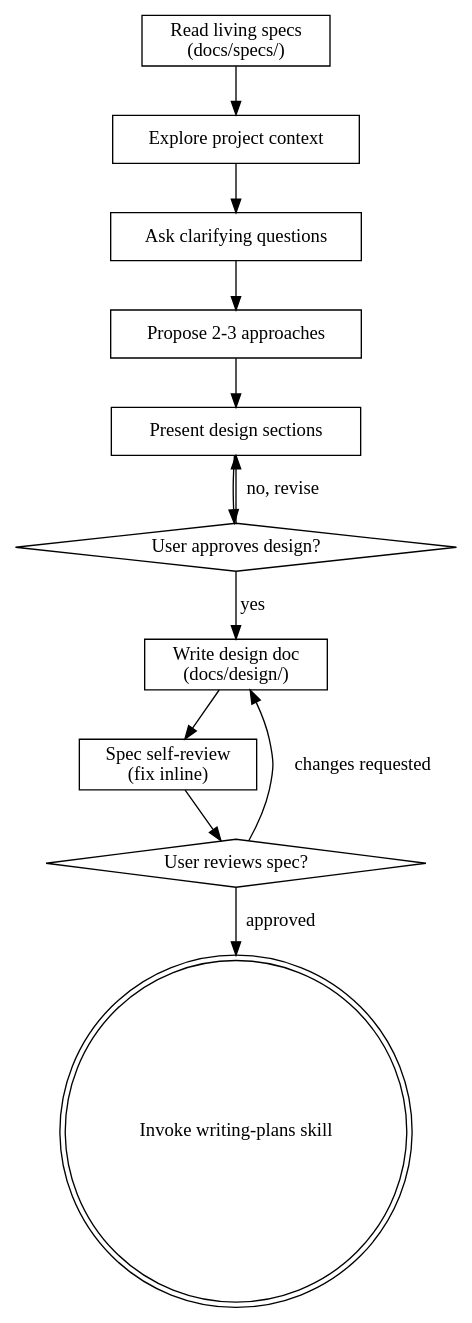
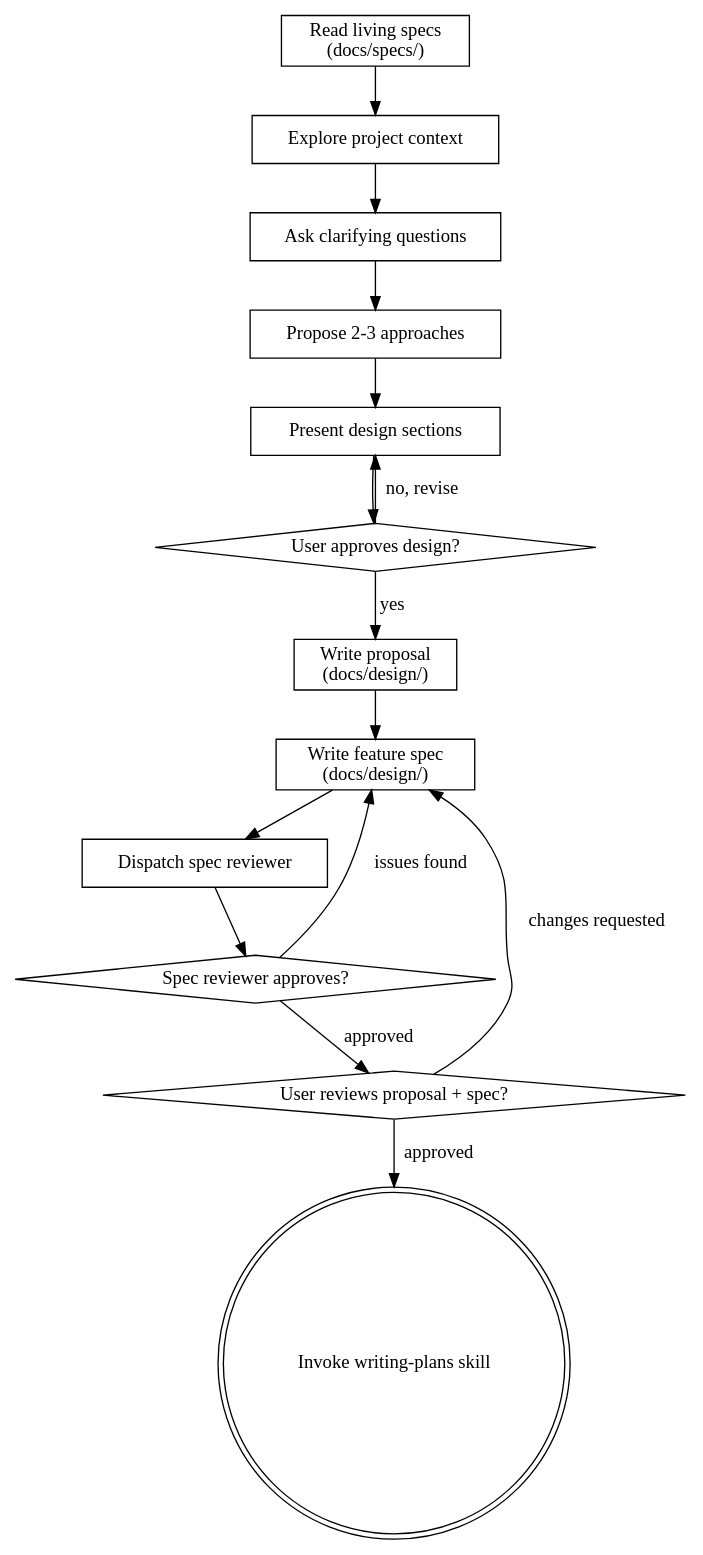
One commit to naripok/pi-superpowers changed the diagram in skills/brainstorming/SKILL.md. Above: the diagram before and after it, drawn with Graphviz. The commit also changed other lines of this file and 7 other files, not shown here.

````diff
--- a/skills/brainstorming/SKILL.md
+++ b/skills/brainstorming/SKILL.md
@@ -36,26 +37,31 @@
 ```dot
 digraph brainstorming {
     "Read living specs\n(docs/specs/)" [shape=box];
     "Explore project context" [shape=box];
     "Ask clarifying questions" [shape=box];
     "Propose 2-3 approaches" [shape=box];
     "Present design sections" [shape=box];
     "User approves design?" [shape=diamond];
-    "Write design doc\n(docs/design/)" [shape=box];
-    "Spec self-review\n(fix inline)" [shape=box];
-    "User reviews spec?" [shape=diamond];
+    "Write proposal\n(docs/design/)" [shape=box];
+    "Write feature spec\n(docs/design/)" [shape=box];
+    "Dispatch spec reviewer" [shape=box];
+    "Spec reviewer approves?" [shape=diamond];
+    "User reviews proposal + spec?" [shape=diamond];
     "Invoke writing-plans skill" [shape=doublecircle];
 
     "Read living specs\n(docs/specs/)" -> "Explore project context";
     "Explore project context" -> "Ask clarifying questions";
     "Ask clarifying questions" -> "Propose 2-3 approaches";
     "Propose 2-3 approaches" -> "Present design sections";
     "Present design sections" -> "User approves design?";
     "User approves design?" -> "Present design sections" [label="no, revise"];
-    "User approves design?" -> "Write design doc\n(docs/design/)" [label="yes"];
-    "Write design doc\n(docs/design/)" -> "Spec self-review\n(fix inline)";
-    "Spec self-review\n(fix inline)" -> "User reviews spec?";
-    "User reviews spec?" -> "Write design doc\n(docs/design/)" [label="changes requested"];
-    "User reviews spec?" -> "Invoke writing-plans skill" [label="approved"];
+    "User approves design?" -> "Write proposal\n(docs/design/)" [label="yes"];
+    "Write proposal\n(docs/design/)" -> "Write feature spec\n(docs/design/)";
+    "Write feature spec\n(docs/design/)" -> "Dispatch spec reviewer";
+    "Dispatch spec reviewer" -> "Spec reviewer approves?";
+    "Spec reviewer approves?" -> "Write feature spec\n(docs/design/)" [label="issues found"];
+    "Spec reviewer approves?" -> "User reviews proposal + spec?" [label="approved"];
+    "User reviews proposal + spec?" -> "Write feature spec\n(docs/design/)" [label="changes requested"];
+    "User reviews proposal + spec?" -> "Invoke writing-plans skill" [label="approved"];
 }
 ```
````
